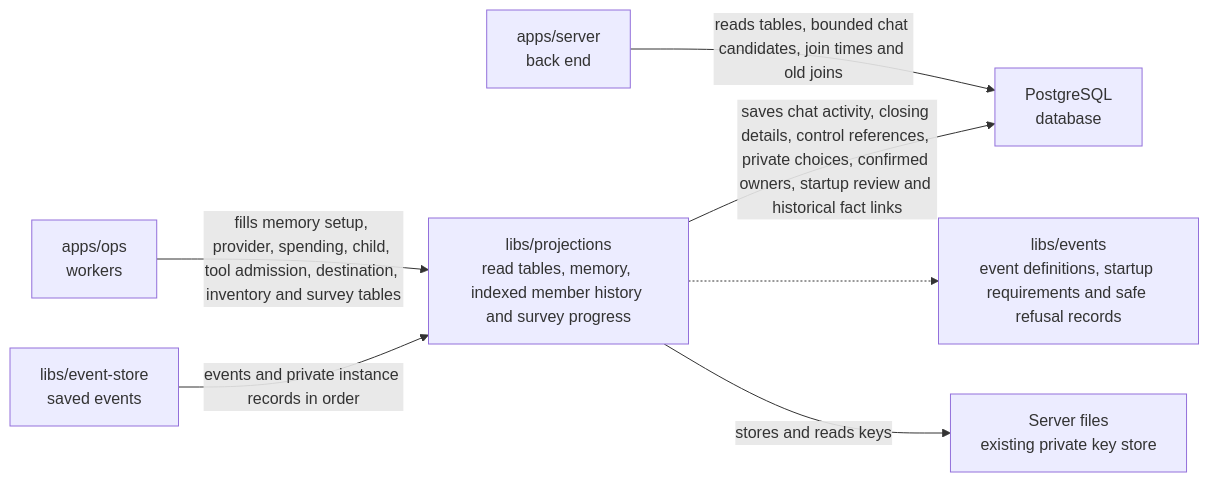
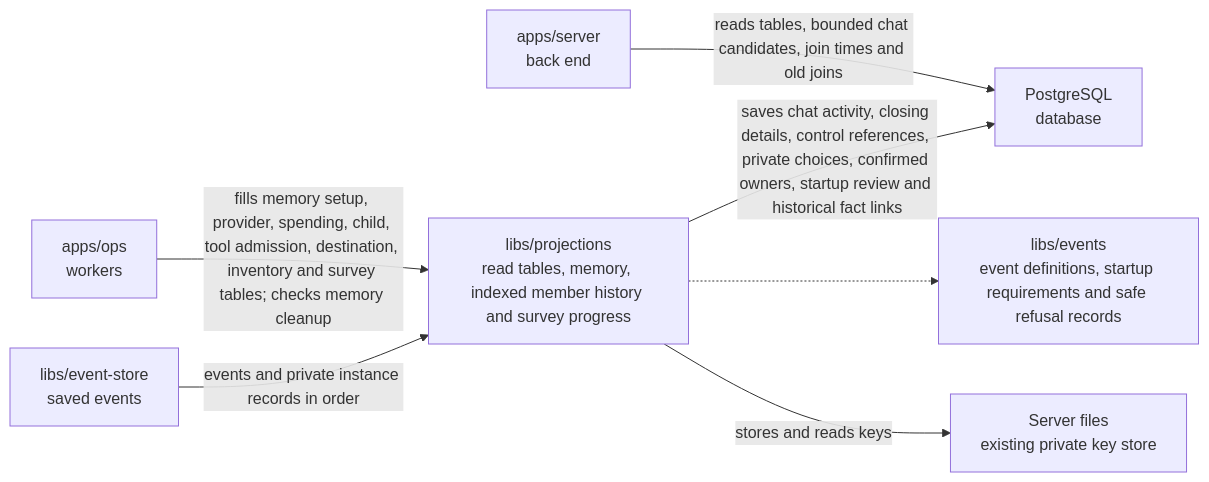
The diagram in libs/projections/README.md (elewa-git/opencrane-new), drawn with Mermaid before and after one commit. The commit also changed other lines of this file and 19 other files, not shown here.

Commit message:
🧠 Destroy forgotten personal memory keys and record verified cleanup

````diff
--- a/libs/projections/README.md
+++ b/libs/projections/README.md
@@ -23,9 +23,9 @@
 ```mermaid
 flowchart LR
-  ops["apps/ops<br/>workers"] -->|fills memory setup, provider, spending, child, tool admission, destination, inventory and survey tables| projections["libs/projections<br/>read tables, memory, indexed member history and survey progress"]
+  ops["apps/ops<br/>workers"] -->|fills memory setup, provider, spending, child, tool admission, destination, inventory and survey tables; checks memory cleanup| projections["libs/projections<br/>read tables, memory, indexed member history and survey progress"]
   server["apps/server<br/>back end"] -->|reads tables, bounded chat candidates, join times and old joins| pg["PostgreSQL<br/>database"]
   projections -->|saves chat activity, closing details, control references, private choices, confirmed owners, startup review and historical fact links| pg
   store["libs/event-store<br/>saved events"] -->|events and private instance records in order| projections
   projections -.-> events["libs/events<br/>event definitions, startup requirements and safe refusal records"]
   projections -->|stores and reads keys| keys["Server files<br/>existing private key store"]
 ```
````
